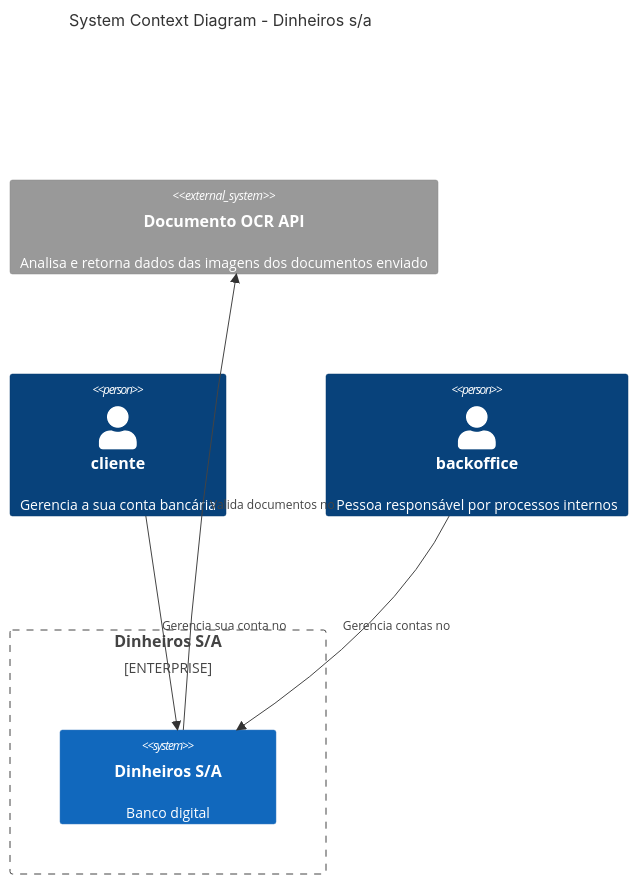
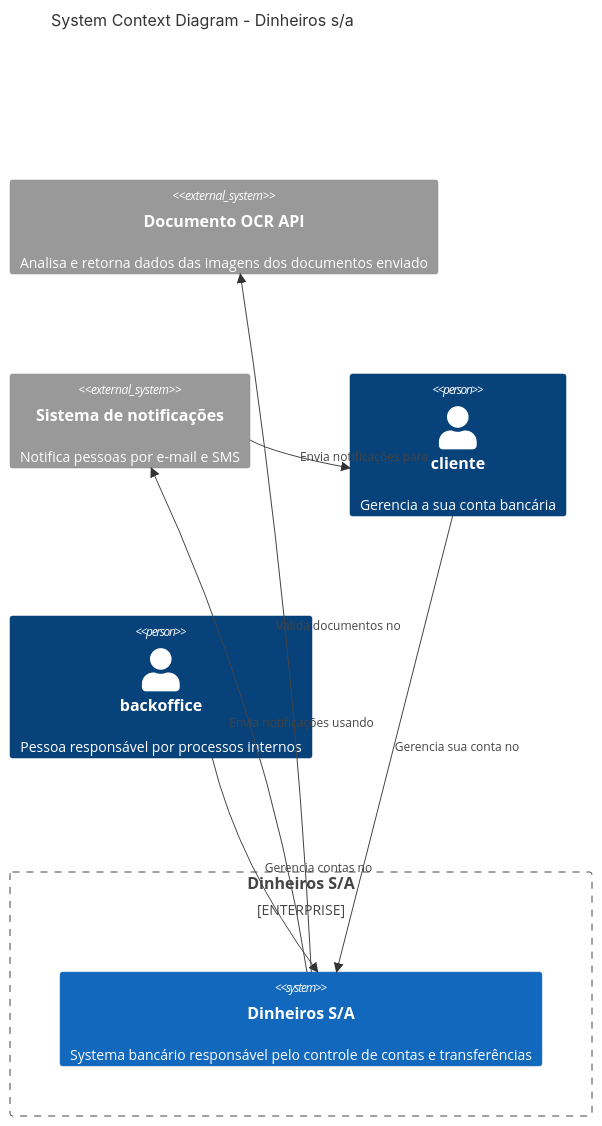
Before and after one commit to CristianoRC/C4-Model: the diagram in Diagrams/sistem-context.md, drawn with Mermaid.

Commit message:
Adiciona Sistema de notificações

````diff
--- a/Diagrams/sistem-context.md
+++ b/Diagrams/sistem-context.md
@@ -3,17 +3,21 @@
 ```mermaid
 C4Context
     title System Context Diagram - Dinheiros s/a
 
     Enterprise_Boundary(banco,"Dinheiros S/A") {
-      System(dinheiros, "Dinheiros S/A", "Banco digital")
+      System(dinheiros, "Dinheiros S/A", "Systema bancário responsável pelo controle de contas e transferências")
     }
 
     System_Ext(documentos, "Documento OCR API", "Analisa e retorna dados das imagens dos documentos enviado")
+    System_Ext(notifications, "Sistema de notificações", "Notifica pessoas por e-mail e SMS")
+
     Person(cliente, "cliente", "Gerencia a sua conta bancária")
     Person(backoffice, "backoffice", "Pessoa responsável por processos internos")
 
     Rel(cliente, dinheiros, "Gerencia sua conta no")
     Rel(backoffice, dinheiros, "Gerencia contas no")
     Rel(dinheiros, documentos, "Valida documentos no")
+    Rel(dinheiros, notifications, "Envia notificações usando")
+    Rel(notifications, cliente, "Envia notificações para")
 
 ```
````
